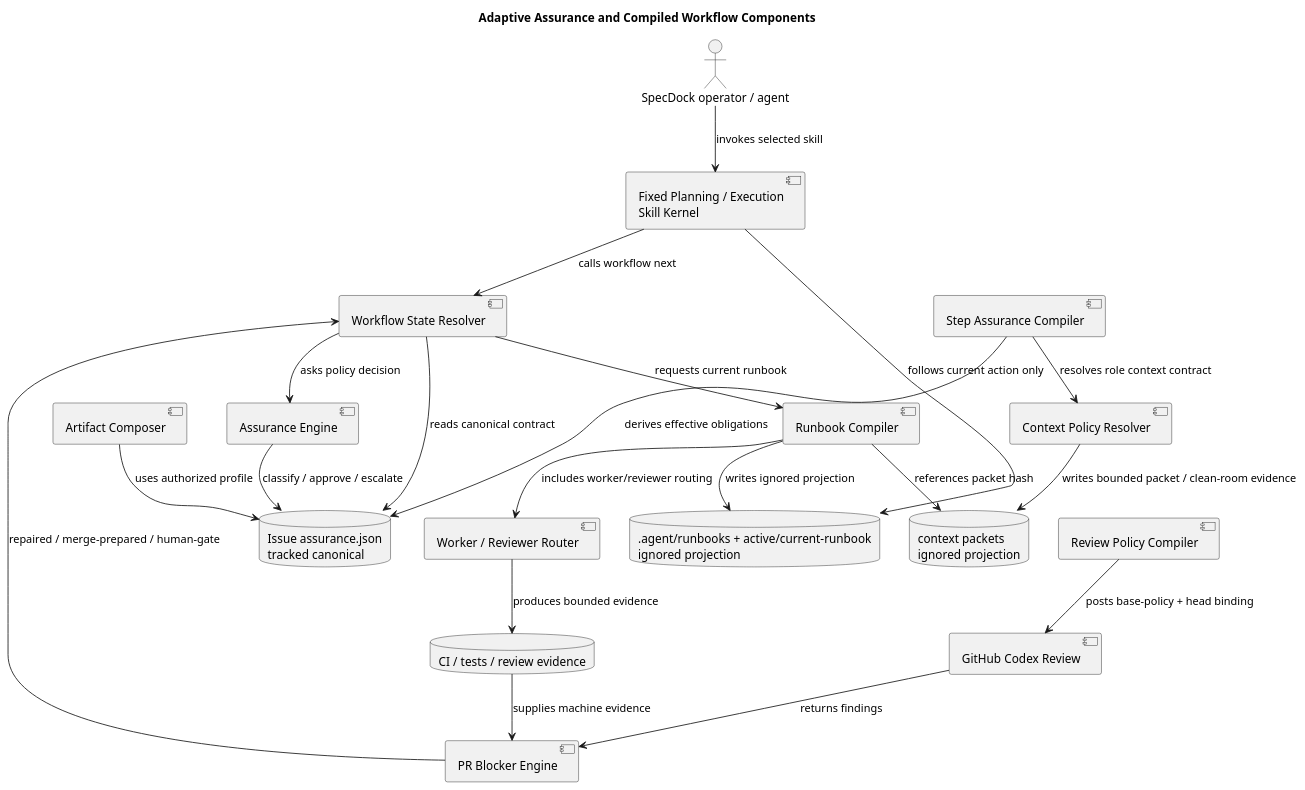
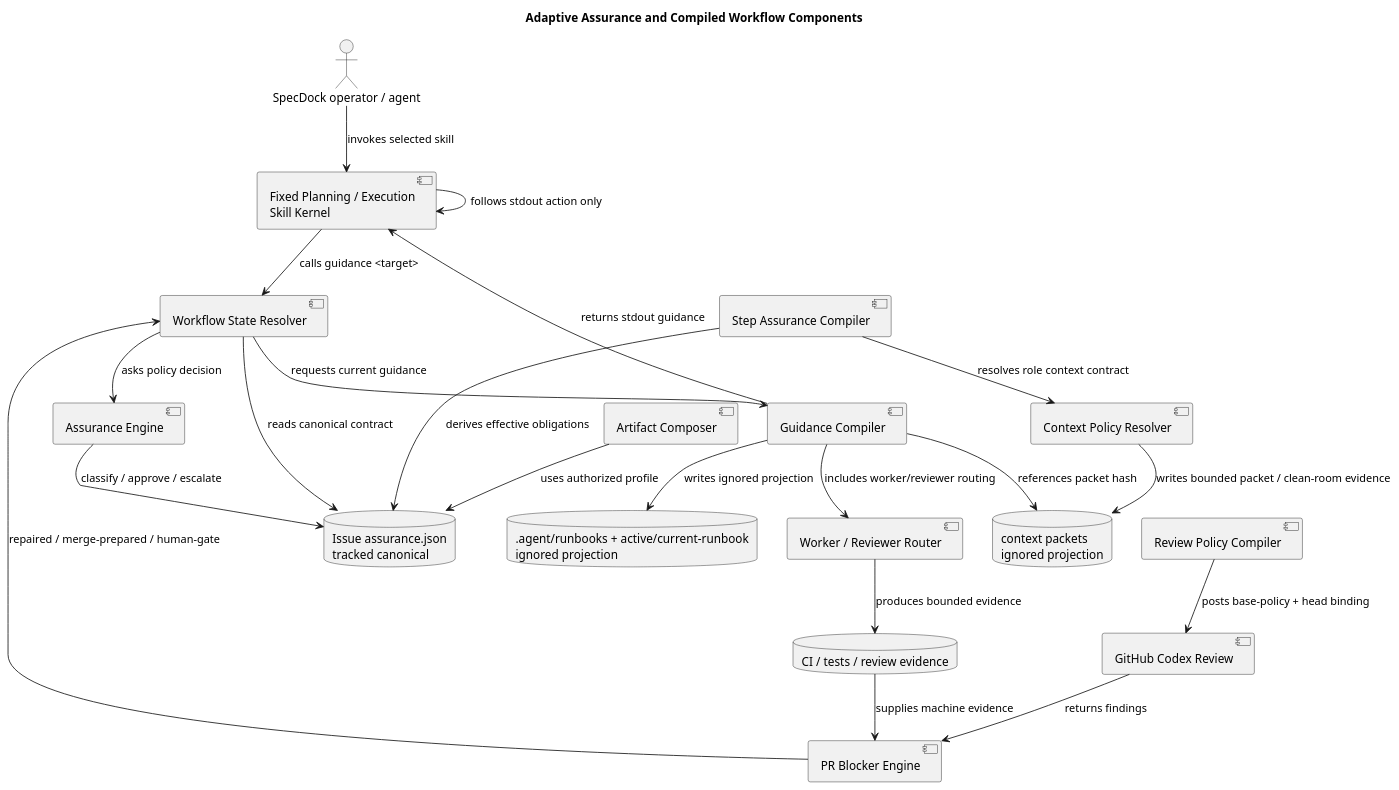
One commit to chemitaro/spec-dock changed the first of 4 diagrams in spec-dock/initiatives/init-local-00003-architecture-maintenance-and-hardening/epics/epic-00224-dynamic-workflow-resource-allocation/design.md. Above: the diagram before and after it, drawn with PlantUML. The commit also changed other lines of this file and 4 other files, not shown here.

````diff
--- a/spec-dock/initiatives/init-local-00003-architecture-maintenance-and-hardening/epics/epic-00224-dynamic-workflow-resource-allocation/design.md
+++ b/spec-dock/initiatives/init-local-00003-architecture-maintenance-and-hardening/epics/epic-00224-dynamic-workflow-resource-allocation/design.md
@@ -119,46 +119,47 @@
 ```plantuml
 @startuml
 title Adaptive Assurance and Compiled Workflow Components
 ' Question answered: How does a fixed Skill kernel delegate current workflow authority to runtime contracts?
 ' Scope: Skill entry, workflow state, assurance contract, runbook projection, review policy, blocker closure.
 ' Excluded details: file-level implementation order, exact command parser classes, full PR observation internals.
 ' Update trigger: component responsibility, authority boundary, or runtime state contract changes.
 
 actor "SpecDock operator / agent" as User
 component "Fixed Planning / Execution\nSkill Kernel" as Skill
 component "Workflow State Resolver" as State
 component "Assurance Engine" as Assurance
 database "Issue assurance.json\ntracked canonical" as Contract
-component "Runbook Compiler" as Compiler
+component "Guidance Compiler" as Compiler
 database ".agent/runbooks + active/current-runbook\nignored projection" as Runbook
 component "Artifact Composer" as Composer
 component "Step Assurance Compiler" as Step
 component "Context Policy Resolver" as ContextResolver
 database "context packets\nignored projection" as ContextPackets
 component "Worker / Reviewer Router" as Router
 component "Review Policy Compiler" as ReviewCompiler
 component "GitHub Codex Review" as Codex
 component "PR Blocker Engine" as Blocker
 database "CI / tests / review evidence" as Evidence
 
 User --> Skill : invokes selected skill
-Skill --> State : calls workflow next
+Skill --> State : calls guidance <target>
 State --> Contract : reads canonical contract
 State --> Assurance : asks policy decision
 Assurance --> Contract : classify / approve / escalate
-State --> Compiler : requests current runbook
+State --> Compiler : requests current guidance
 Compiler --> Runbook : writes ignored projection
-Skill --> Runbook : follows current action only
+Compiler --> Skill : returns stdout guidance
+Skill --> Skill : follows stdout action only
 Composer --> Contract : uses authorized profile
 Step --> Contract : derives effective obligations
 Step --> ContextResolver : resolves role context contract
 ContextResolver --> ContextPackets : writes bounded packet / clean-room evidence
 Compiler --> Router : includes worker/reviewer routing
 Compiler --> ContextPackets : references packet hash
 Router --> Evidence : produces bounded evidence
 ReviewCompiler --> Codex : posts base-policy + head binding
 Codex --> Blocker : returns findings
 Evidence --> Blocker : supplies machine evidence
 Blocker --> State : repaired / merge-prepared / human-gate
 @enduml
 ```
````
